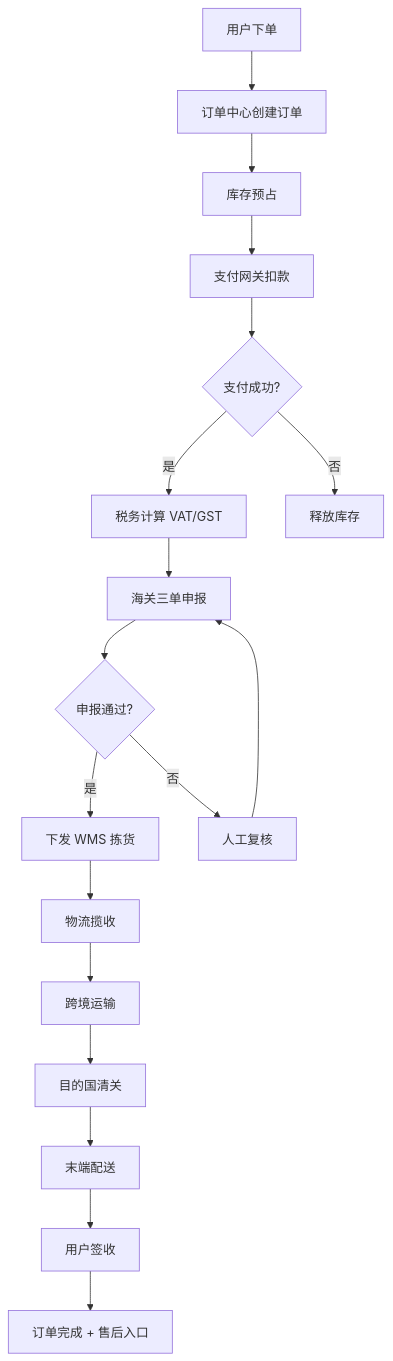
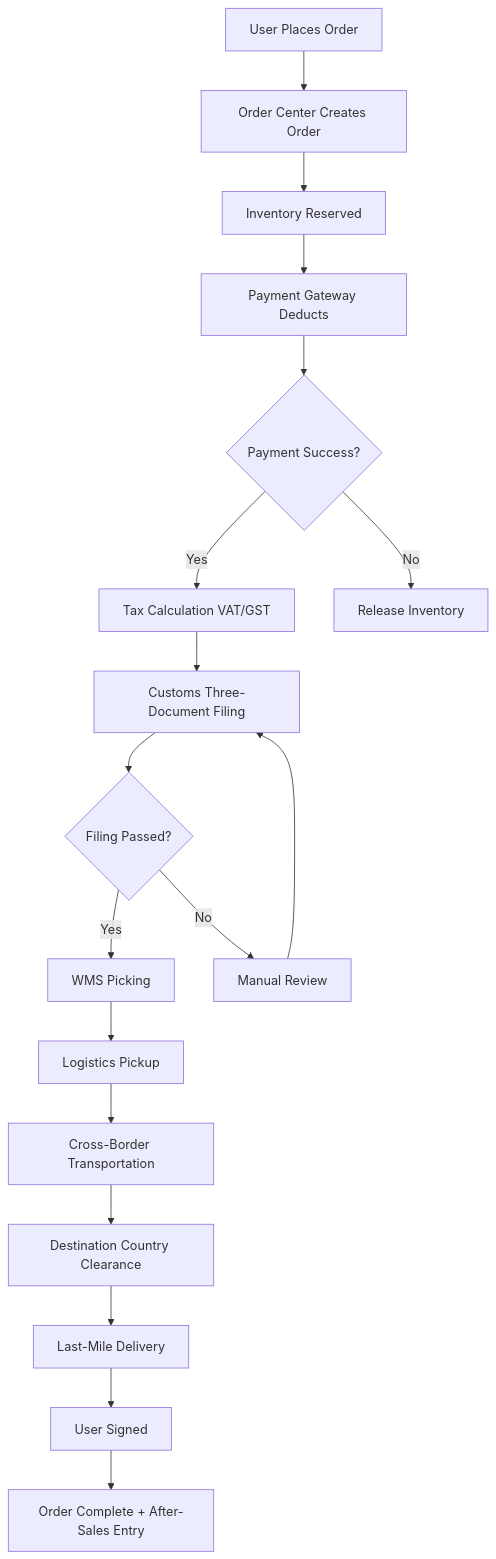
Before and after one commit to teaglebuilt/knowledge-tree: the fifth of 6 diagrams in tree/application/architecture/cross-border-ecommerce.md, drawn with Mermaid. The commit also changed other lines of this file and 16 other files, not shown here.

````diff
--- a/tree/application/architecture/cross-border-ecommerce.md
+++ b/tree/application/architecture/cross-border-ecommerce.md
@@ -522,20 +351,20 @@
 ```mermaid
 flowchart TD
-    A[用户下单] --> B[订单中心创建订单]
-    B --> C[库存预占]
-    C --> D[支付网关扣款]
-    D --> E{支付成功?}
-    E -->|是| F[税务计算 VAT/GST]
-    E -->|否| G[释放库存]
-    F --> H[海关三单申报]
-    H --> I{申报通过?}
-    I -->|是| J[下发 WMS 拣货]
-    I -->|否| K[人工复核]
+    A[User Places Order] --> B[Order Center Creates Order]
+    B --> C[Inventory Reserved]
+    C --> D[Payment Gateway Deducts]
+    D --> E{Payment Success?}
+    E -->|Yes| F[Tax Calculation VAT/GST]
+    E -->|No| G[Release Inventory]
+    F --> H[Customs Three-Document Filing]
+    H --> I{Filing Passed?}
+    I -->|Yes| J[WMS Picking]
+    I -->|No| K[Manual Review]
     K --> H
-    J --> L[物流揽收]
-    L --> M[跨境运输]
-    M --> N[目的国清关]
-    N --> O[末端配送]
-    O --> P[用户签收]
-    P --> Q[订单完成 + 售后入口]
+    J --> L[Logistics Pickup]
+    L --> M[Cross-Border Transportation]
+    M --> N[Destination Country Clearance]
+    N --> O[Last-Mile Delivery]
+    O --> P[User Signed]
+    P --> Q[Order Complete + After-Sales Entry]
 ```
````
